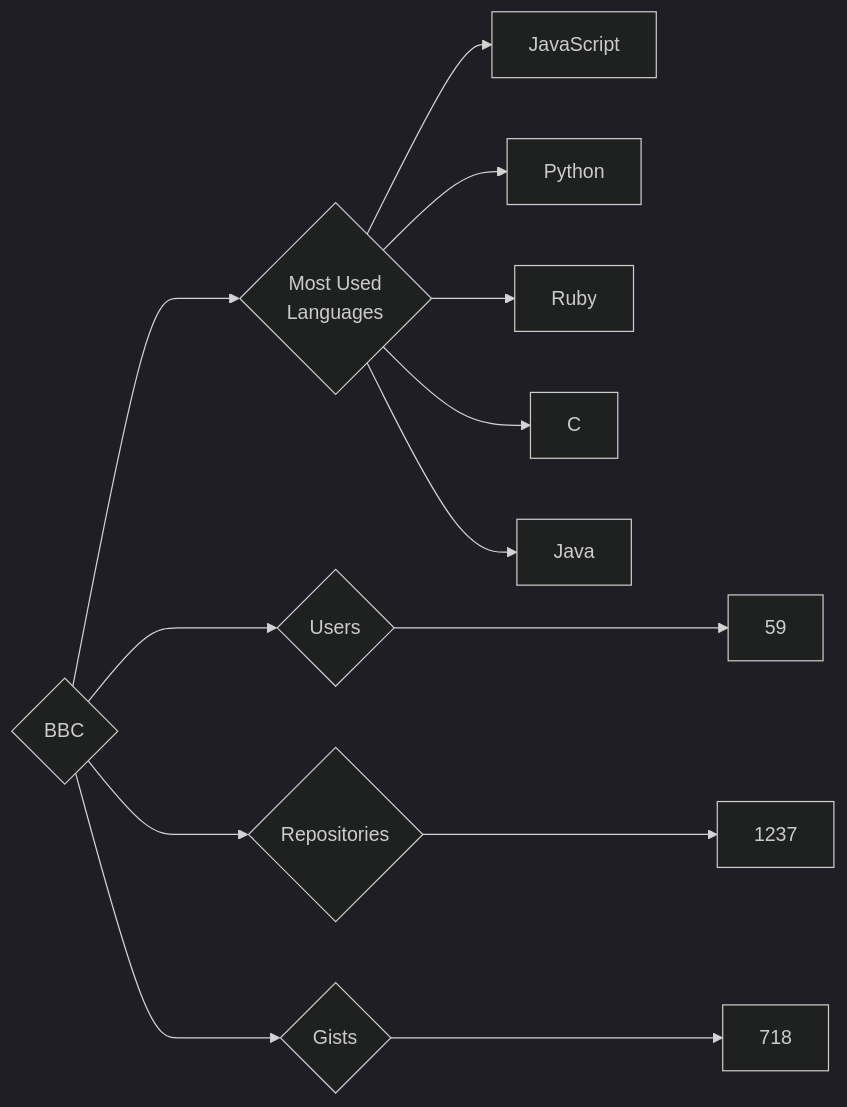
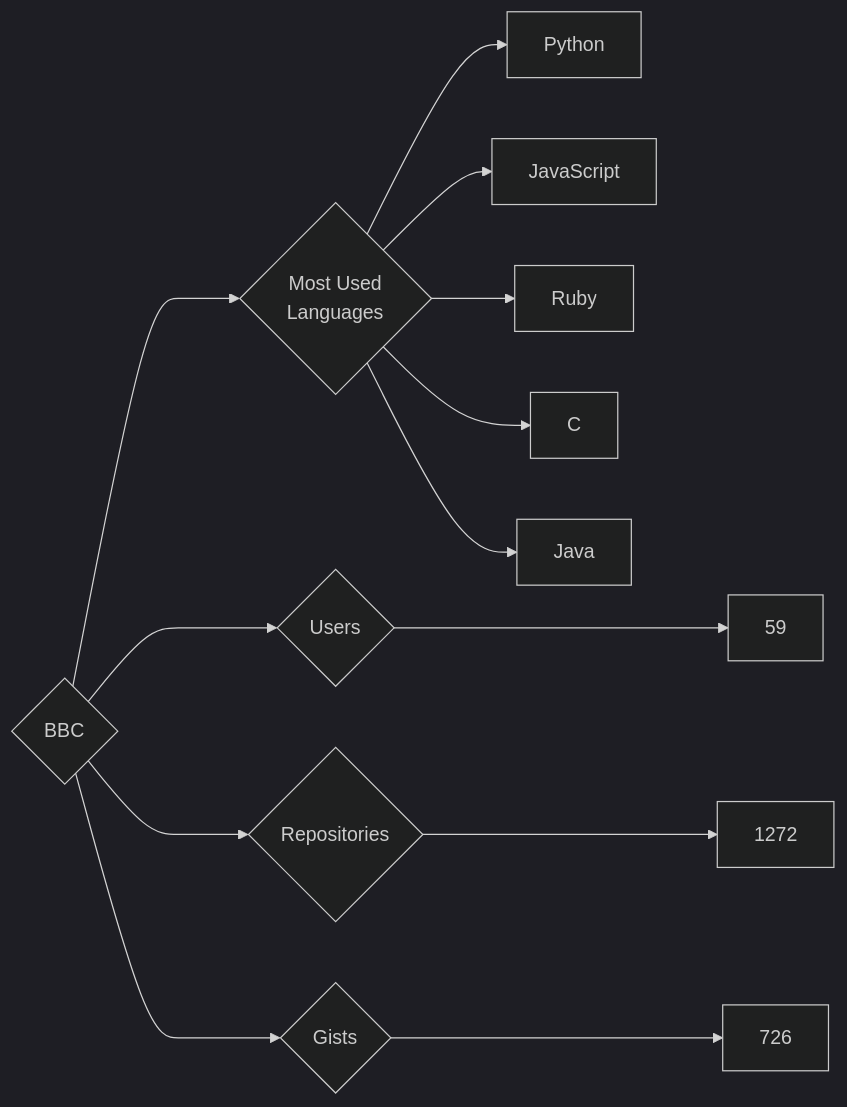
One commit to trickest/insiders changed the diagram in targets/BBC/README.md. Above: the diagram before and after it, drawn with Mermaid (dark theme). The commit also changed 1195 other files, not shown here.

````diff
--- a/targets/BBC/README.md
+++ b/targets/BBC/README.md
@@ -3,13 +3,13 @@
 ```mermaid
 graph LR
 COMPANY_NAME{BBC}
 COMPANY_NAME ---> U{Users} ---> UN[59]
-COMPANY_NAME ---> R{Repositories} ---> RN[1237]
-COMPANY_NAME ---> G{Gists} ---> GN[718]
+COMPANY_NAME ---> R{Repositories} ---> RN[1272]
+COMPANY_NAME ---> G{Gists} ---> GN[726]
 COMPANY_NAME ---> ML{Most Used<br>Languages}
+ML --> Python[Python]
 ML --> JavaScript[JavaScript]
-ML --> Python[Python]
 ML --> Ruby[Ruby]
 ML --> C[C]
 ML --> Java[Java]
 ```
````
